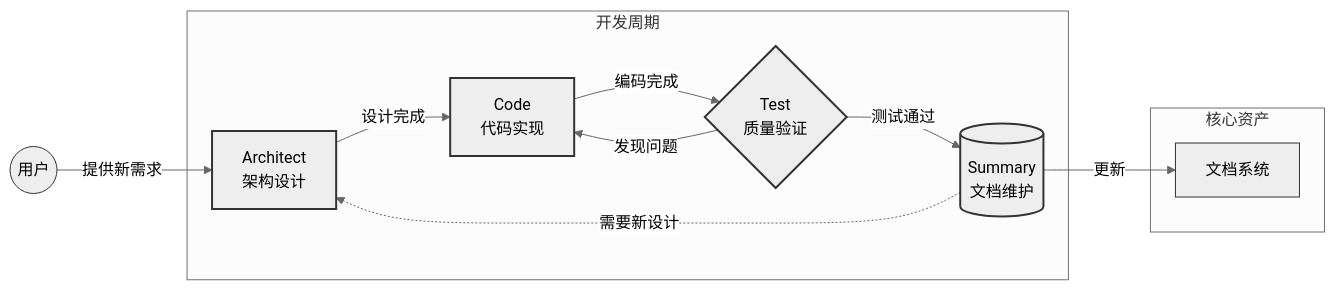
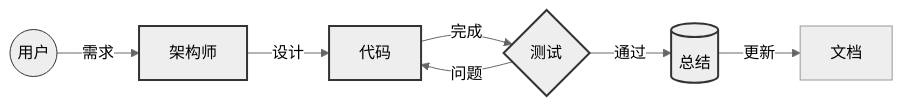
The second of 2 diagrams in README.zh.md (pinqy520/roo-code-vibook), drawn with Mermaid (neutral theme) before and after one commit. The commit also changed other lines of this file and 1 other file, not shown here.

````diff
--- a/README.zh.md
+++ b/README.zh.md
@@ -167,31 +68,15 @@
 ```mermaid
 flowchart LR
-    %% 节点样式定义
     classDef user stroke:#333,stroke-width:1px
     classDef arch stroke:#333,stroke-width:2px,shape:hexagon
     classDef code stroke:#333,stroke-width:2px,shape:rect
     classDef test stroke:#333,stroke-width:2px,shape:diamond
     classDef summ stroke:#333,stroke-width:2px,shape:cylinder
-    classDef doc stroke:#333,stroke-width:1px,shape:note
     
-    %% 定义流程
-    User((用户)):::user -->|提供新需求| Arch[Architect<br>架构设计]:::arch
-    Arch -->|设计完成| Code[Code<br>代码实现]:::code
-    Code -->|编码完成| Test{Test<br>质量验证}:::test
-    Test -->|发现问题| Code
-    Test -->|测试通过| Summary[(Summary<br>文档维护)]:::summ
-    Summary -->|更新| DocSystem[文档系统]:::doc
-    Summary -.->|需要新设计| Arch
-    
-    %% 添加注释
-    subgraph 开发周期
-        Arch
-        Code
-        Test
-        Summary
-    end
-    
-    subgraph 核心资产
-        DocSystem
-    end
+    User((用户)):::user -->|需求| Arch[架构师]:::arch
+    Arch -->|设计| Code[代码]:::code
+    Code -->|完成| Test{测试}:::test
+    Test -->|问题| Code
+    Test -->|通过| Summary[(总结)]:::summ
+    Summary -->|更新| DocSystem[文档]
 ```
````
